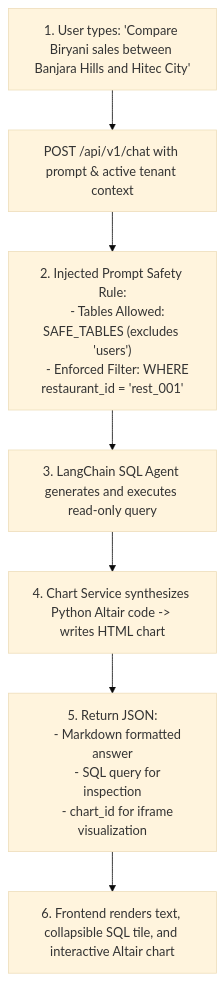
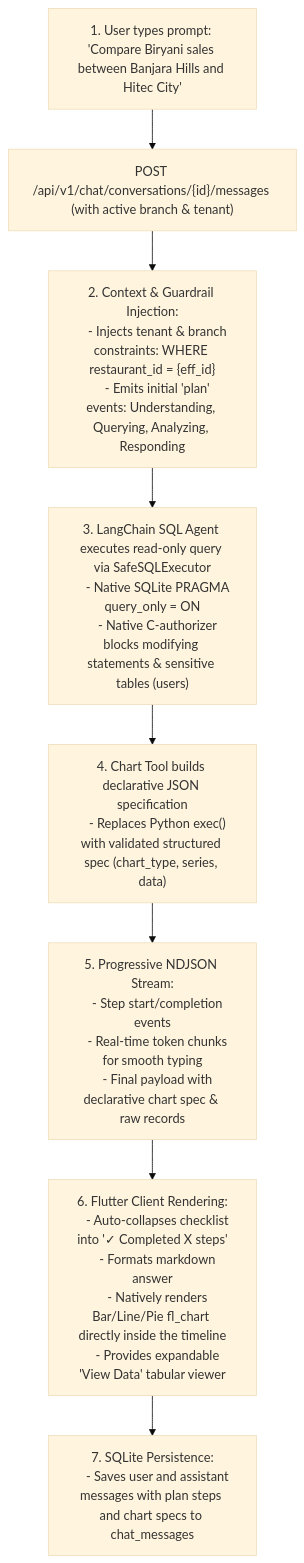
One commit to bottesaketh-dev/restaurant-revenue-tracker-flutter changed diagram 30 of 42 in IOR_360_COMPLETE_DOCUMENTATION.md. Above: the diagram before and after it, drawn with Mermaid (base theme). The commit also changed other lines of this file and 34 other files, not shown here.

````diff
--- a/IOR_360_COMPLETE_DOCUMENTATION.md
+++ b/IOR_360_COMPLETE_DOCUMENTATION.md
@@ -2100,14 +2131,23 @@
 ```mermaid
 flowchart TD
-    UserQuery["1. User types: 'Compare Biryani sales between Banjara Hills and Hitec City'"] --> SendChat["POST /api/v1/chat with prompt & active tenant context"]
-    SendChat --> GuardrailInject["2. Injected Prompt Safety Rule:
-    - Tables Allowed: SAFE_TABLES (excludes 'users')
-    - Enforced Filter: WHERE restaurant_id = 'rest_001'"]
-    GuardrailInject --> AgentExecution["3. LangChain SQL Agent generates and executes read-only query"]
-    AgentExecution --> GenerateChart["4. Chart Service synthesizes Python Altair code -> writes HTML chart"]
-    GenerateChart --> ReturnPayload["5. Return JSON:
-    - Markdown formatted answer
-    - SQL query for inspection
-    - chart_id for iframe visualization"]
-    ReturnPayload --> ClientRender["6. Frontend renders text, collapsible SQL tile, and interactive Altair chart"]
+    UserQuery["1. User types prompt: 'Compare Biryani sales between Banjara Hills and Hitec City'"] --> SendChat["POST /api/v1/chat/conversations/{id}/messages (with active branch & tenant)"]
+    SendChat --> GuardrailInject["2. Context & Guardrail Injection:
+    - Injects tenant & branch constraints: WHERE restaurant_id = {eff_id}
+    - Emits initial 'plan' events: Understanding, Querying, Analyzing, Responding"]
+    GuardrailInject --> AgentExecution["3. LangChain SQL Agent executes read-only query via SafeSQLExecutor
+    - Native SQLite PRAGMA query_only = ON
+    - Native C-authorizer blocks modifying statements & sensitive tables (users)"]
+    AgentExecution --> GenerateChart["4. Chart Tool builds declarative JSON specification
+    - Replaces Python exec() with validated structured spec (chart_type, series, data)"]
+    GenerateChart --> ProgressiveStream["5. Progressive NDJSON Stream:
+    - Step start/completion events
+    - Real-time token chunks for smooth typing
+    - Final payload with declarative chart spec & raw records"]
+    ProgressiveStream --> ClientRender["6. Flutter Client Rendering:
+    - Auto-collapses checklist into '✓ Completed X steps'
+    - Formats markdown answer
+    - Natively renders Bar/Line/Pie fl_chart directly inside the timeline
+    - Provides expandable 'View Data' tabular viewer"]
+    ClientRender --> PersistDB["7. SQLite Persistence:
+    - Saves user and assistant messages with plan steps and chart specs to chat_messages"]
 ```
````
